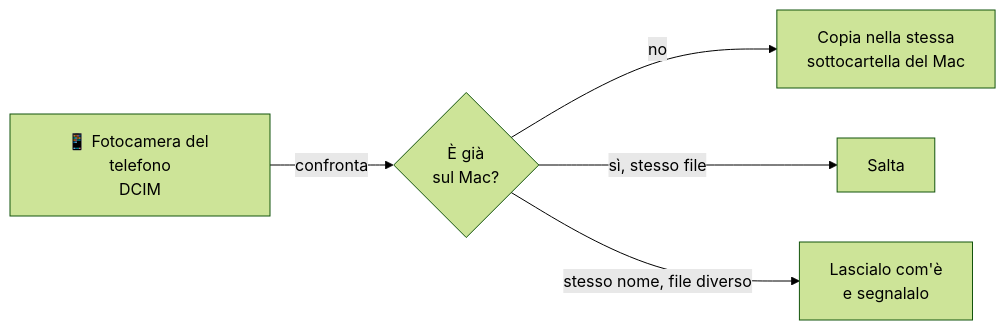
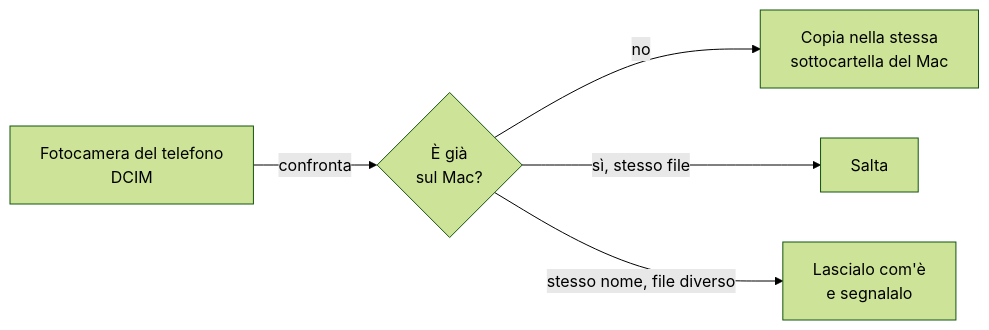
Before and after one commit to phantumblade/OpenMTP-Refined: the diagram in README.it.md, drawn with Mermaid (forest theme). The commit also changed other lines of this file and 2 other files, not shown here.

Commit message:
docs(readme): fix the tip alerts and the backup diagram label

````diff
--- a/README.it.md
+++ b/README.it.md
@@ -74,7 +74,7 @@
 ```mermaid
 flowchart LR
-    A[📱 Fotocamera del telefono<br/>DCIM] -->|confronta| B{È già<br/>sul Mac?}
+    A[Fotocamera del telefono<br/>DCIM] -->|confronta| B{È già<br/>sul Mac?}
     B -->|no| C[Copia nella stessa<br/>sottocartella del Mac]
     B -->|sì, stesso file| D[Salta]
     B -->|stesso nome, file diverso| E[Lascialo com'è<br/>e segnalalo]
 ```
````
